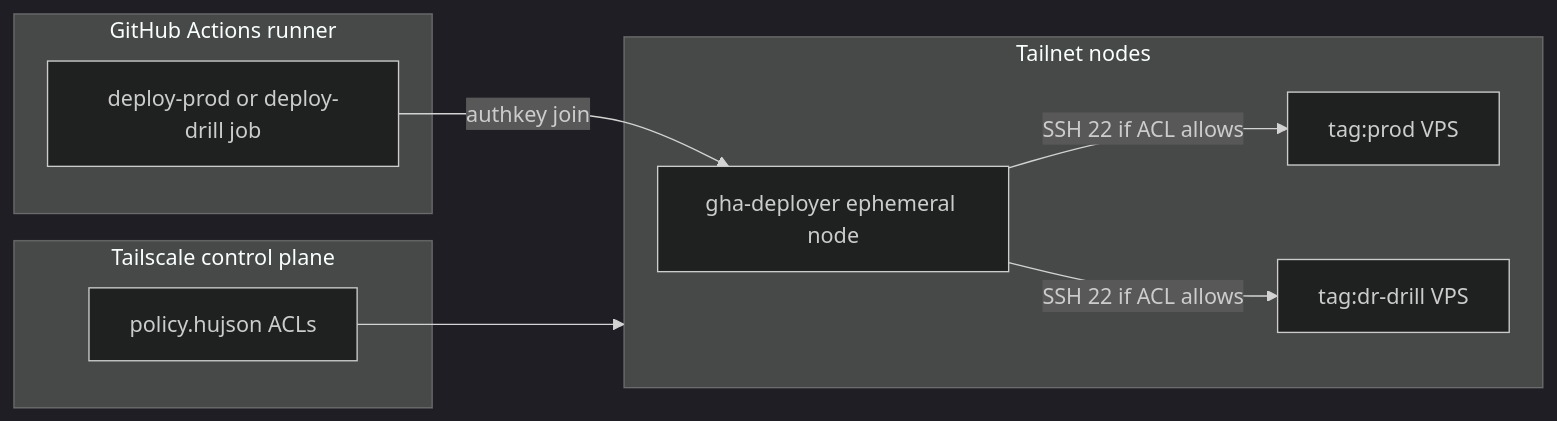
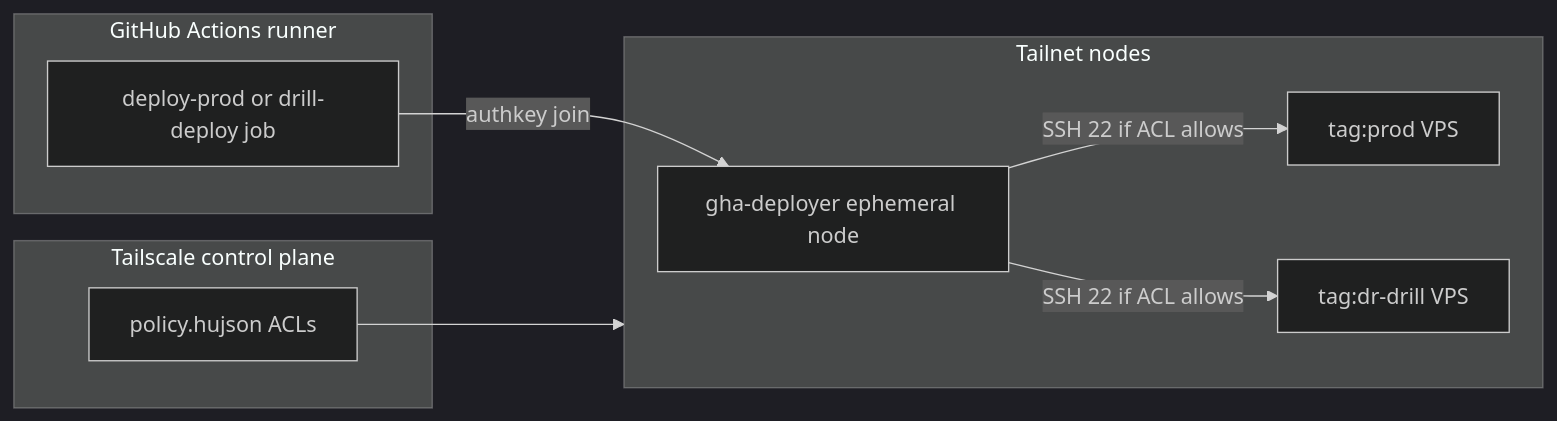
One commit to chipi/podcast_scraper changed the second of 6 diagrams in docs/architecture/HOSTING_AND_INFRASTRUCTURE.md. Above: the diagram before and after it, drawn with Mermaid (dark theme). The commit also changed other lines of this file and 20 other files, not shown here.

````diff
--- a/docs/architecture/HOSTING_AND_INFRASTRUCTURE.md
+++ b/docs/architecture/HOSTING_AND_INFRASTRUCTURE.md
@@ -113,21 +113,21 @@
 ```mermaid
 flowchart LR
   subgraph actions["GitHub Actions runner"]
-    JOB["deploy-prod or deploy-drill job"]
+    JOB["deploy-prod or drill-deploy job"]
   end
 
   subgraph ts["Tailscale control plane"]
     ACL["policy.hujson ACLs"]
   end
 
   subgraph hosts["Tailnet nodes"]
     GHA["gha-deployer ephemeral node"]
     PROD["tag:prod VPS"]
     DRILL["tag:dr-drill VPS"]
   end
 
   JOB -->|"authkey join"| GHA
   ACL --> hosts
   GHA -->|"SSH 22 if ACL allows"| PROD
   GHA -->|"SSH 22 if ACL allows"| DRILL
 ```
````
